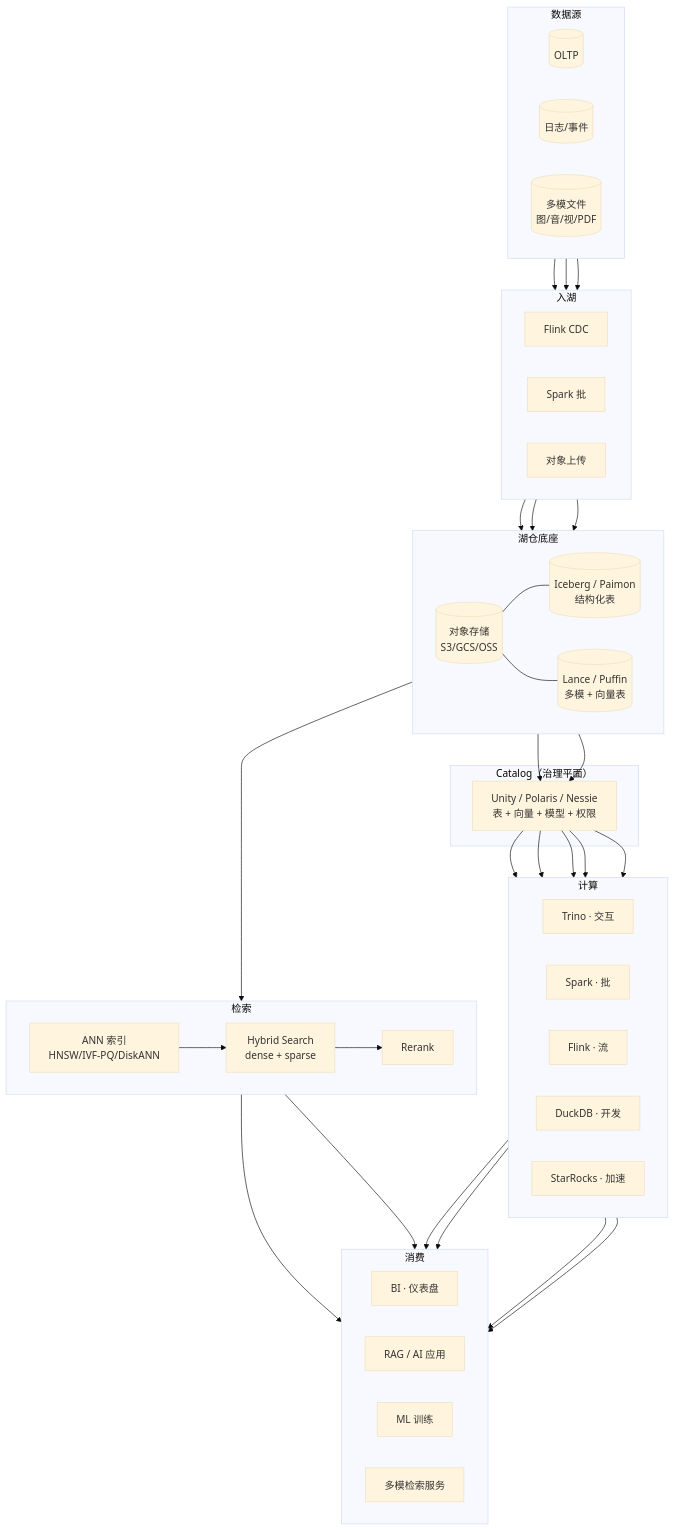
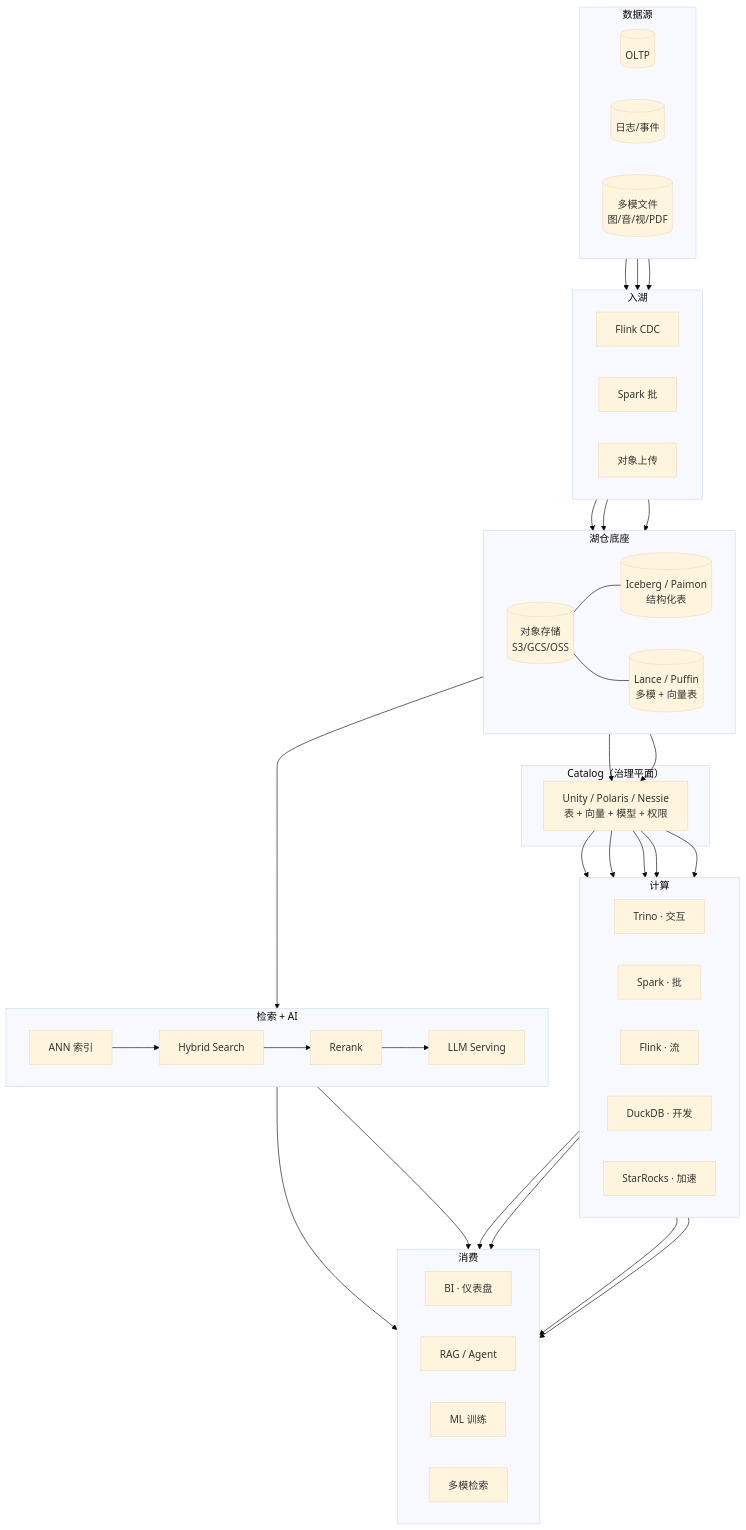
The diagram in docs/index.md (wangyong9999/lakehouse-wiki), drawn with Mermaid (base theme) before and after one commit. The commit also changed other lines of this file and 45 other files, not shown here.

````diff
--- a/docs/index.md
+++ b/docs/index.md
@@ -17,80 +17,82 @@
 ```mermaid
 flowchart TB
   subgraph "数据源"
     direction LR
     oltp[(OLTP)]
     log[(日志/事件)]
     files[(多模文件<br/>图/音/视/PDF)]
   end
 
   subgraph "入湖"
     direction LR
     cdc[Flink CDC]
     batch[Spark 批]
     upload[对象上传]
   end
 
   subgraph "湖仓底座"
     direction LR
     storage[(对象存储<br/>S3/GCS/OSS)]
     iceberg[(Iceberg / Paimon<br/>结构化表)]
     lance[(Lance / Puffin<br/>多模 + 向量表)]
     storage --- iceberg
     storage --- lance
   end
 
   subgraph "Catalog（治理平面）"
     cat[Unity / Polaris / Nessie<br/>表 + 向量 + 模型 + 权限]
   end
 
   subgraph "计算"
     direction LR
     trino[Trino · 交互]
     spark[Spark · 批]
     flink[Flink · 流]
     duckdb[DuckDB · 开发]
     star[StarRocks · 加速]
   end
 
-  subgraph "检索"
+  subgraph "检索 + AI"
     direction LR
-    ann[ANN 索引<br/>HNSW/IVF-PQ/DiskANN]
-    hybrid[Hybrid Search<br/>dense + sparse]
+    ann[ANN 索引]
+    hybrid[Hybrid Search]
     rerank[Rerank]
+    llm[LLM Serving]
   end
 
   subgraph "消费"
     direction LR
     bi[BI · 仪表盘]
-    rag[RAG / AI 应用]
+    rag[RAG / Agent]
     ml[ML 训练]
-    mm[多模检索服务]
+    mm[多模检索]
   end
 
   oltp --> cdc
   log --> batch
   files --> upload
   cdc --> iceberg
   batch --> iceberg
   upload --> lance
 
   iceberg --> cat
   lance --> cat
 
   cat --> trino
   cat --> spark
   cat --> flink
   cat --> duckdb
   cat --> star
 
   lance --> ann
   ann --> hybrid
   hybrid --> rerank
+  rerank --> llm
 
   trino --> bi
   star --> bi
-  rerank --> rag
+  llm --> rag
   rerank --> mm
   spark --> ml
   flink --> ml
 ```
````
